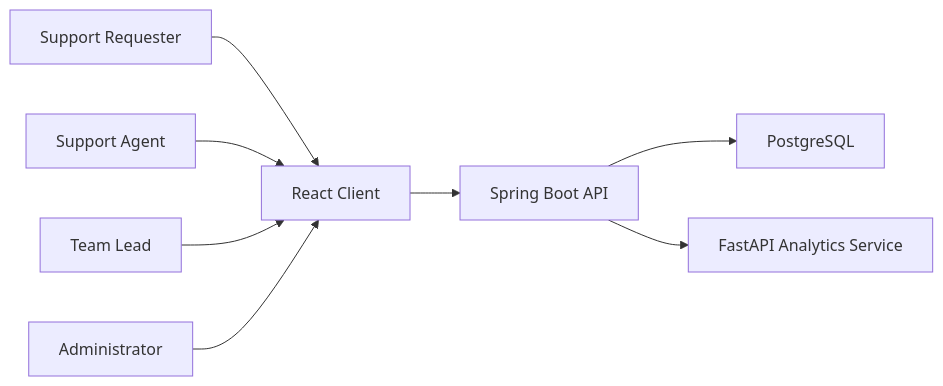
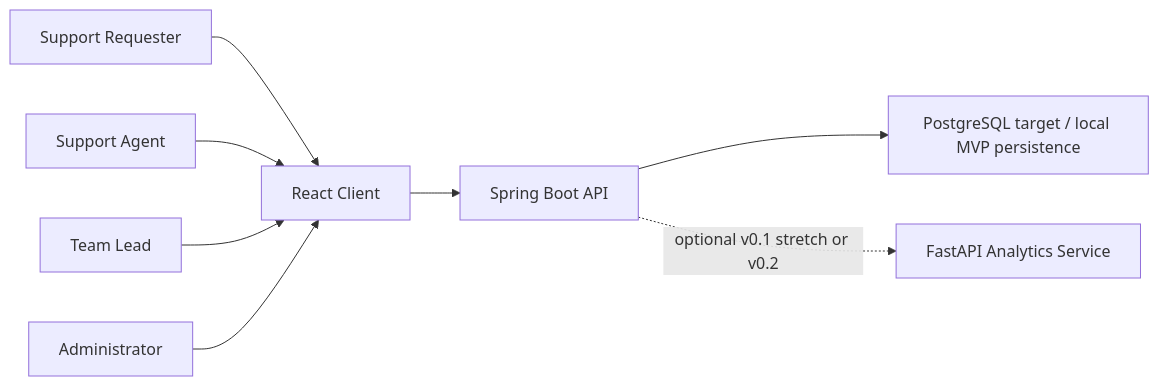
One commit to Winfred01/resolvehub-platform changed the first of 2 diagrams in ARCHITECTURE.md. Above: the diagram before and after it, drawn with Mermaid. The commit also changed other lines of this file and 15 other files, not shown here.

Commit message:
feat: adopt portfolio-first v0.1 automation roadmap

````diff
--- a/ARCHITECTURE.md
+++ b/ARCHITECTURE.md
@@ -7,10 +14,10 @@
 ```mermaid
 flowchart LR
   Requester["Support Requester"] --> Frontend["React Client"]
   Agent["Support Agent"] --> Frontend
   Lead["Team Lead"] --> Frontend
   Admin["Administrator"] --> Frontend
   Frontend --> Backend["Spring Boot API"]
-  Backend --> DB["PostgreSQL"]
-  Backend --> Analytics["FastAPI Analytics Service"]
+  Backend --> DB["PostgreSQL target / local MVP persistence"]
+  Backend -. "optional v0.1 stretch or v0.2" .-> Analytics["FastAPI Analytics Service"]
 ```
````
